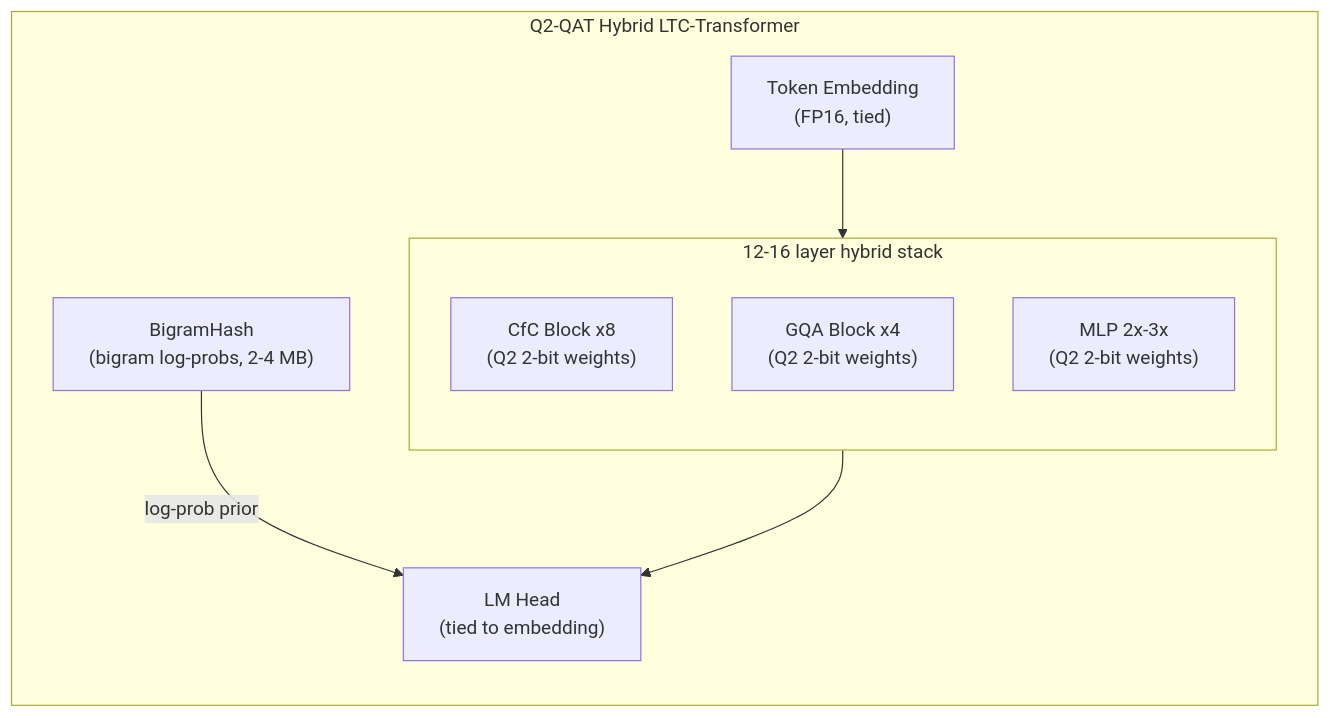
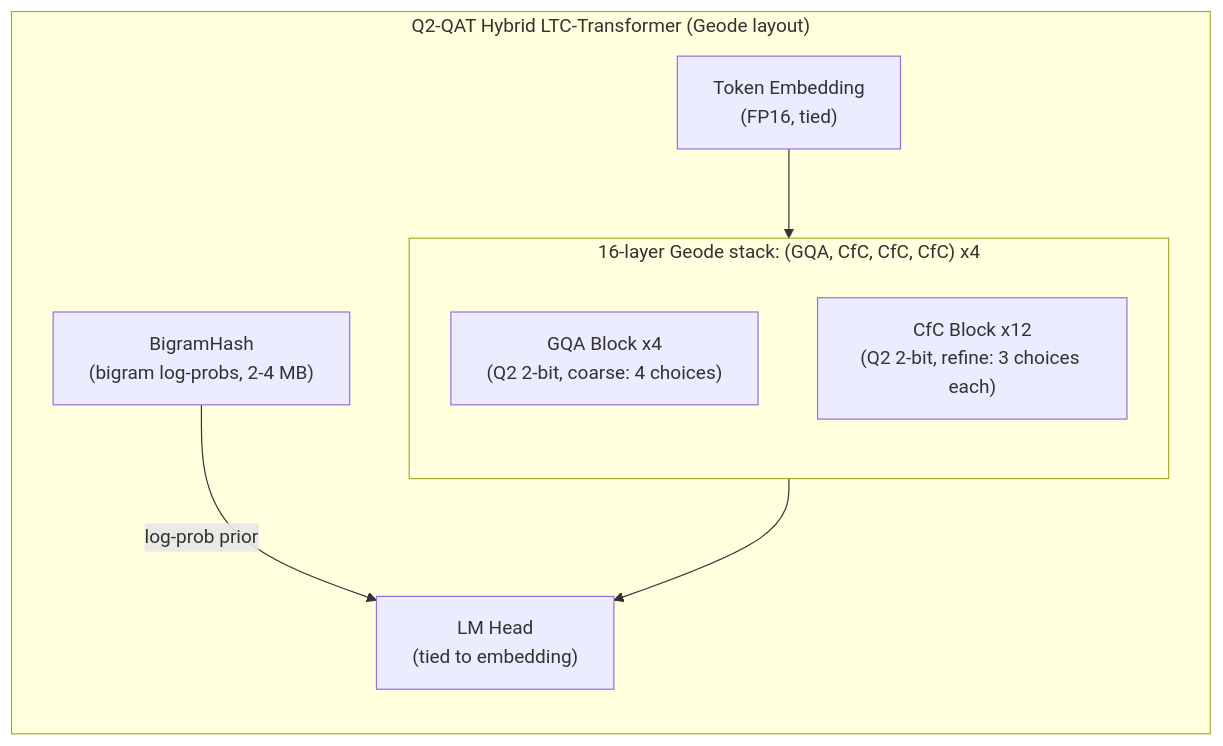
Before and after one commit to devlux76/q2: the diagram in PARAMETER_GOLF.md, drawn with Mermaid. The commit also changed other lines of this file and 2 other files, not shown here.

First line of the commit message:
feat: add Geode-derived layout §4.5 + GPU-optimized Python implementation

````diff
--- a/PARAMETER_GOLF.md
+++ b/PARAMETER_GOLF.md
@@ -279,18 +338,17 @@
 ```mermaid
 flowchart TD
-    subgraph Model["Q2-QAT Hybrid LTC-Transformer"]
+    subgraph Model["Q2-QAT Hybrid LTC-Transformer (Geode layout)"]
         direction TB
         emb["Token Embedding\n(FP16, tied)"]
         bh["BigramHash\n(bigram log-probs, 2-4 MB)"]
-        subgraph Stack["12-16 layer hybrid stack"]
+        subgraph Stack["16-layer Geode stack: (GQA, CfC, CfC, CfC) x4"]
             direction TB
-            cfc1["CfC Block x8\n(Q2 2-bit weights)"]
-            gqa1["GQA Block x4\n(Q2 2-bit weights)"]
-            mlp1["MLP 2x-3x\n(Q2 2-bit weights)"]
+            gqa1["GQA Block x4\n(Q2 2-bit, coarse: 4 choices)"]
+            cfc1["CfC Block x12\n(Q2 2-bit, refine: 3 choices each)"]
         end
         lm_head["LM Head\n(tied to embedding)"]
     end
     emb --> Stack
     bh -->|"log-prob prior"| lm_head
     Stack --> lm_head
 ```
````
